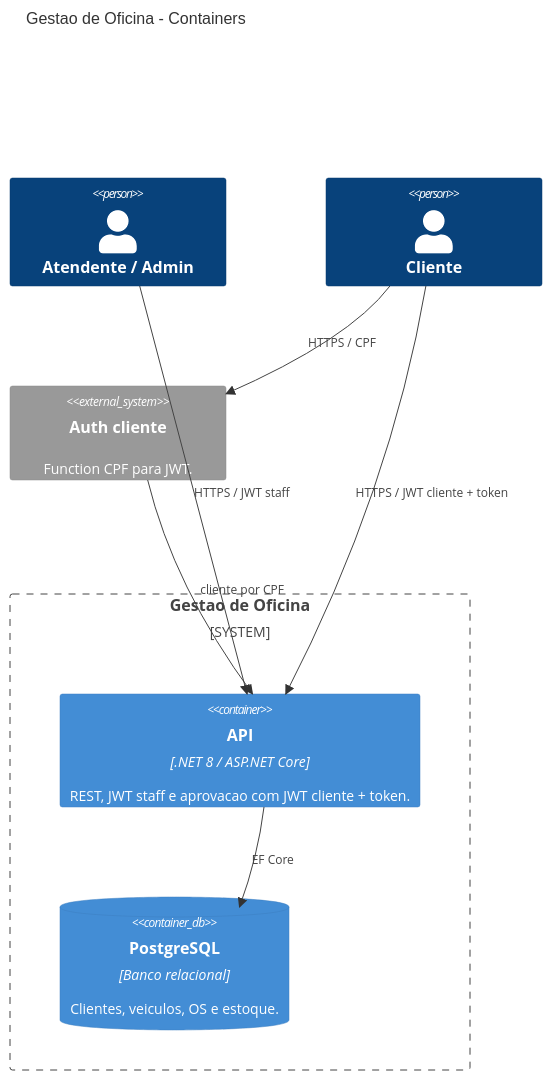
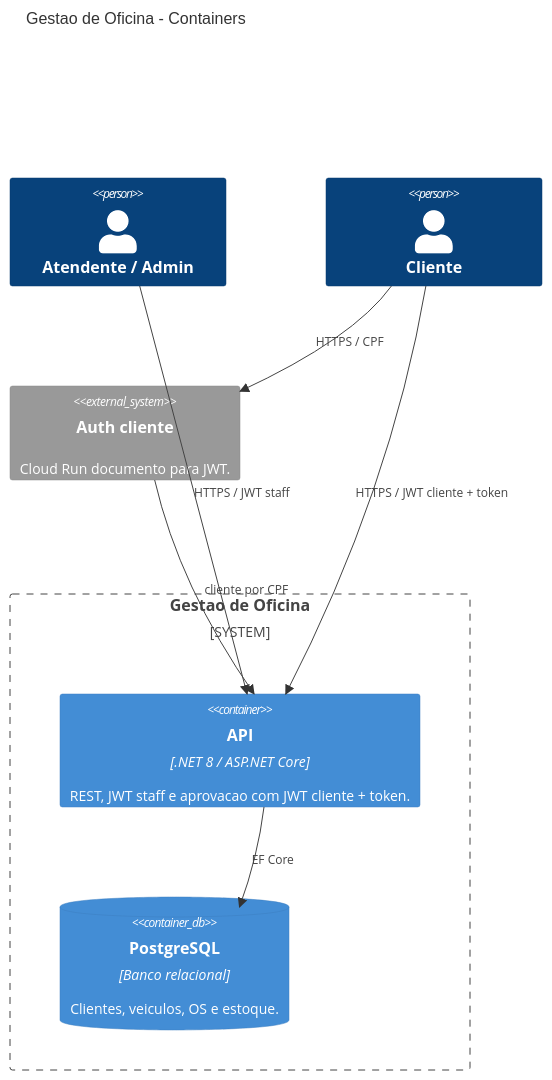
One commit to fiap-vcosta/api changed the second of 4 diagrams in README.md. Above: the diagram before and after it, drawn with Mermaid. The commit also changed other lines of this file and 18 other files, not shown here.

First line of the commit message:
docs: ER, valid seed docs, unified Requestly, cloud README

````diff
--- a/README.md
+++ b/README.md
@@ -27,19 +27,19 @@
 ```mermaid
 C4Container
 title Gestao de Oficina - Containers
 
 Person(admin, "Atendente / Admin", "")
 Person(cliente, "Cliente", "")
 
 System_Boundary(oficina, "Gestao de Oficina") {
     Container(api, "API", ".NET 8 / ASP.NET Core", "REST, JWT staff e aprovacao com JWT cliente + token.")
     ContainerDb(db, "PostgreSQL", "Banco relacional", "Clientes, veiculos, OS e estoque.")
 }
-System_Ext(authFn, "Auth cliente", "Function CPF para JWT.")
+System_Ext(authFn, "Auth cliente", "Cloud Run documento para JWT.")
 
 Rel(admin, api, "HTTPS / JWT staff")
 Rel(cliente, authFn, "HTTPS / CPF")
 Rel(authFn, api, "cliente por CPF")
 Rel(cliente, api, "HTTPS / JWT cliente + token")
 Rel(api, db, "EF Core")
 ```
````
